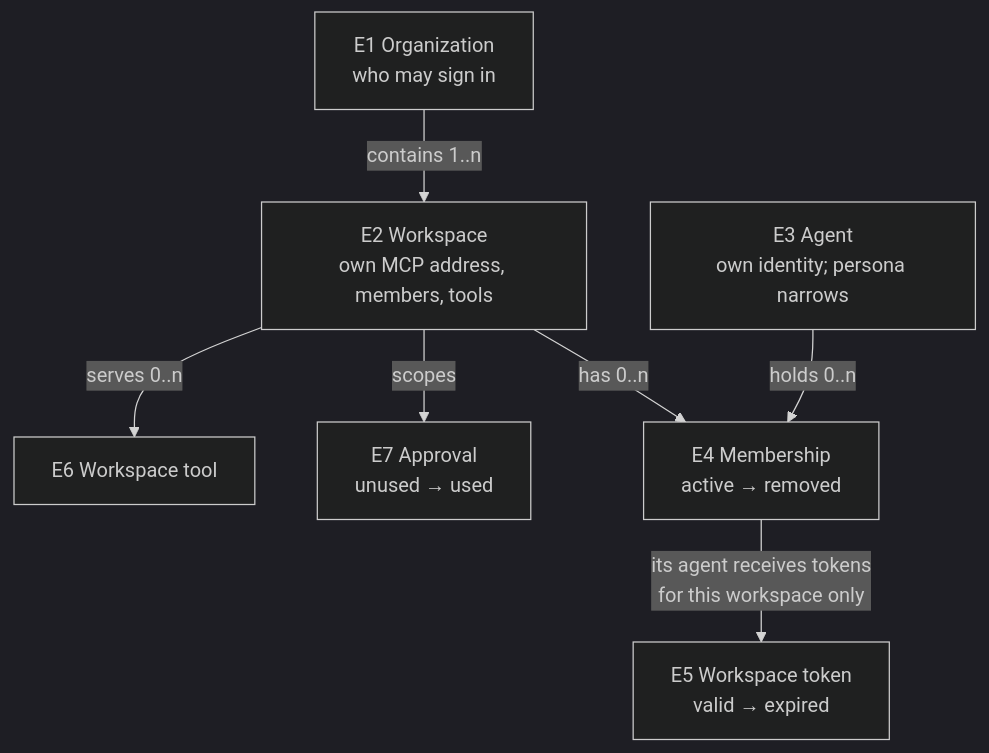
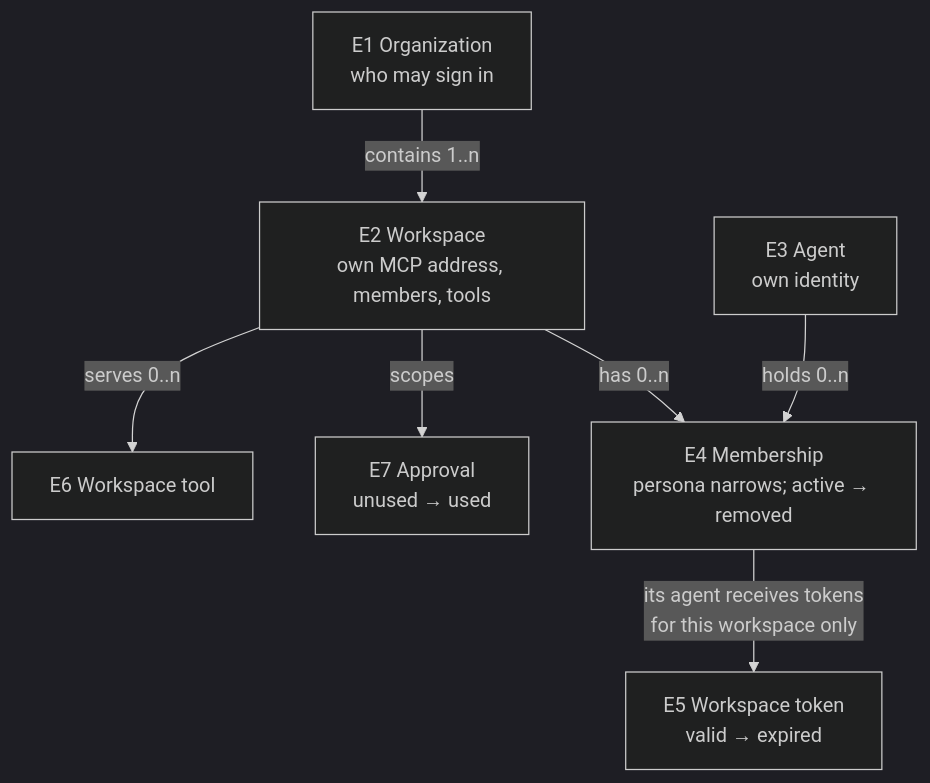
The diagram in docs/specs/2026-10-14-portable-tool-portal-hosts/2026-10-14-portable-tool-portal-hosts.md (ShravanSunder/agent-vm), drawn with Mermaid (dark theme) before and after one commit. The commit also changed other lines of this file and 3 other files, not shown here.

````diff
--- a/docs/specs/2026-10-14-portable-tool-portal-hosts/2026-10-14-portable-tool-portal-hosts.md
+++ b/docs/specs/2026-10-14-portable-tool-portal-hosts/2026-10-14-portable-tool-portal-hosts.md
@@ -28,10 +28,10 @@
 ```mermaid
 flowchart TB
   ORG["E1 Organization<br/>who may sign in"] -->|"contains 1..n"| WS["E2 Workspace<br/>own MCP address, members, tools"]
-  AG["E3 Agent<br/>own identity; persona narrows"]
+  AG["E3 Agent<br/>own identity"]
   WS -->|"serves 0..n"| TOOL["E6 Workspace tool"]
   WS -->|"scopes"| APR["E7 Approval<br/>unused → used"]
-  WS -->|"has 0..n"| MEM["E4 Membership<br/>active → removed"]
+  WS -->|"has 0..n"| MEM["E4 Membership<br/>persona narrows; active → removed"]
   AG -->|"holds 0..n"| MEM
   MEM -->|"its agent receives tokens<br/>for this workspace only"| TOK["E5 Workspace token<br/>valid → expired"]
 ```
````
